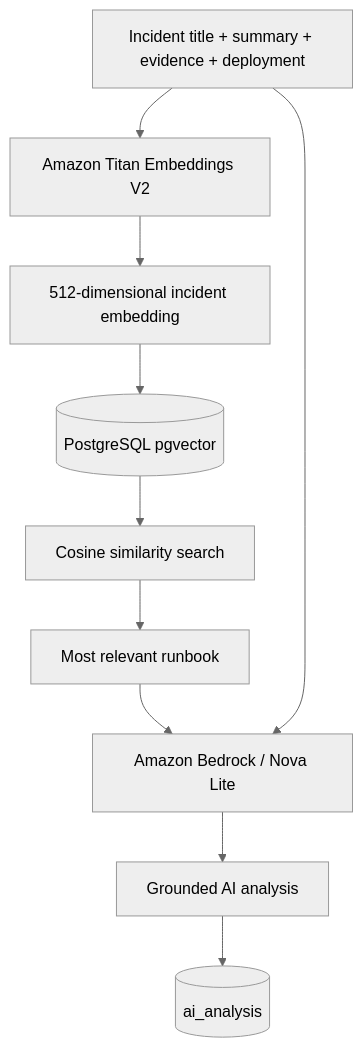
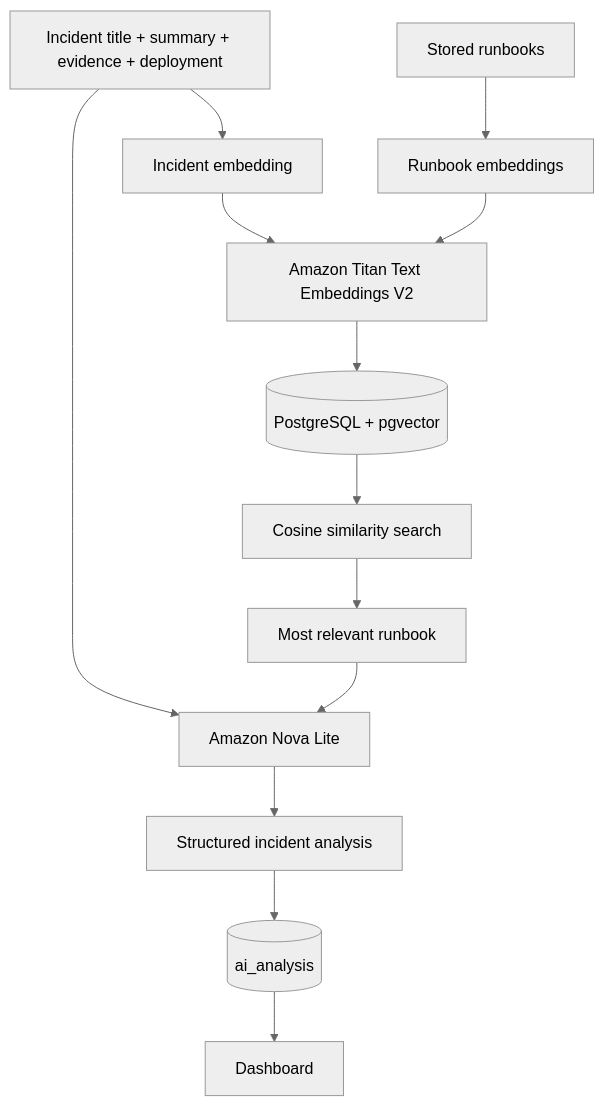
One commit to Nidhi8901/opspilot-ai. changed the second of 2 diagrams in README.md. Above: the diagram before and after it, drawn with Mermaid (neutral theme). The commit also changed other lines of this file and 16 other files, not shown here.

````diff
--- a/README.md
+++ b/README.md
@@ -78,12 +120,18 @@
 ```mermaid
 flowchart TD
-    I[Incident title + summary + evidence + deployment] --> E[Amazon Titan Embeddings V2]
-    E --> Q[512-dimensional incident embedding]
-    Q --> V[(PostgreSQL pgvector)]
-    V --> M[Cosine similarity search]
-    M --> RB[Most relevant runbook]
-    RB --> B[Amazon Bedrock / Nova Lite]
-    I --> B
-    B --> O[Grounded AI analysis]
-    O --> DB[(ai_analysis)]
+    I[Incident title + summary + evidence + deployment] --> IE[Incident embedding]
+    RB[Stored runbooks] --> RE[Runbook embeddings]
+
+    IE --> T[Amazon Titan Text Embeddings V2]
+    RE --> T
+
+    T --> PG[(PostgreSQL + pgvector)]
+    PG --> CS[Cosine similarity search]
+    CS --> MATCH[Most relevant runbook]
+
+    I --> N[Amazon Nova Lite]
+    MATCH --> N
+    N --> OUT[Structured incident analysis]
+    OUT --> DB[(ai_analysis)]
+    DB --> UI[Dashboard]
 ```
````
